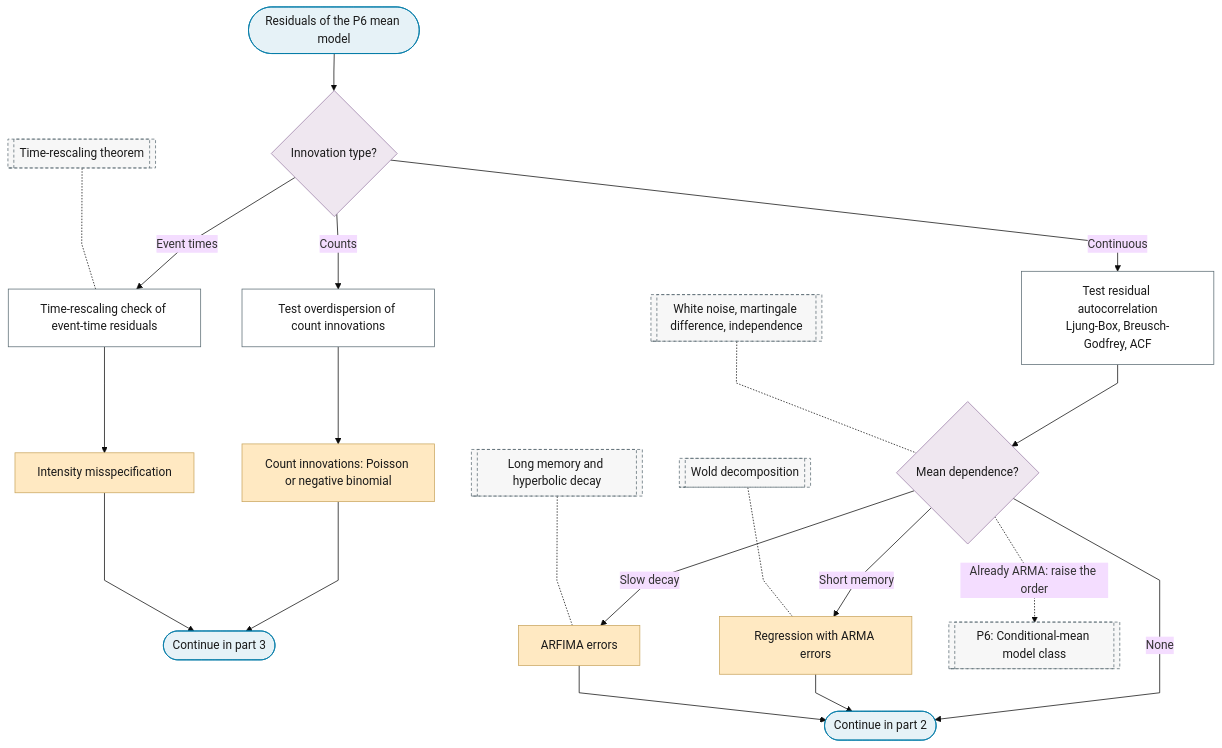
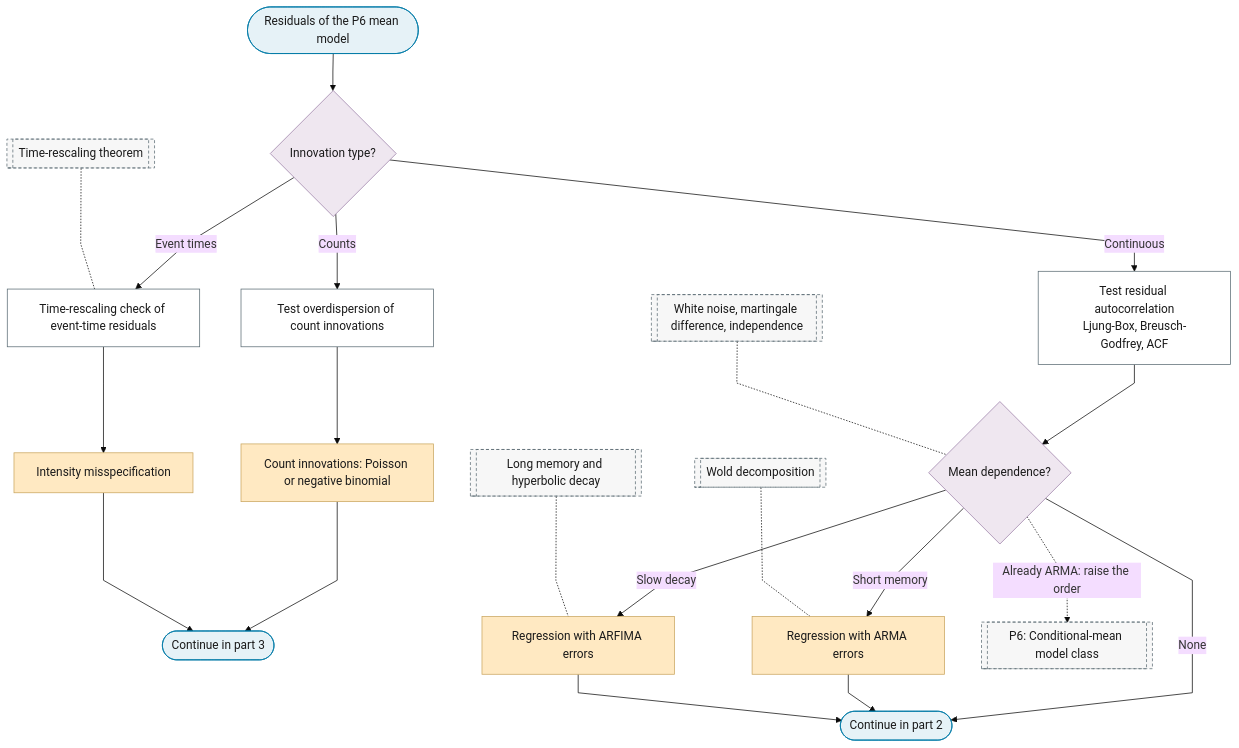
One commit to Shuxin-Y/time-series-analysis-manual changed the first of 3 diagrams in docs/01-workflow/p07-error-process.md. Above: the diagram before and after it, drawn with Mermaid (base theme). The commit also changed other lines of this file and 6 other files, not shown here.

````diff
--- a/docs/01-workflow/p07-error-process.md
+++ b/docs/01-workflow/p07-error-process.md
@@ -13,34 +13,34 @@
 ```mermaid
 %%{init: {"flowchart": {"curve": "linear"}}}%%
 graph TD
     P7_IN(["Residuals of the P6 mean model"]) --> P7_TYPE{"Innovation type?"}
     P7_TYPE -->|"Continuous"| P7_MEAN_TESTS["Test residual autocorrelation<br/>Ljung-Box, Breusch-Godfrey, ACF"]
     P7_TYPE -->|"Counts"| P7_COUNT_TESTS["Test overdispersion of count innovations"]
     P7_TYPE -->|"Event times"| P7_RESCALING["Time-rescaling check of event-time residuals"]
     P7_COUNT_TESTS --> P7_INGARCH["Count innovations: Poisson or negative binomial"]
     P7_RESCALING --> P7_INTENSITY["Intensity misspecification"]
     P7_INGARCH & P7_INTENSITY --> P7_COUNTS_TO_PART_3(["Continue in part 3"])
     P7_MEAN_TESTS --> P7_MEAN_DEP{"Mean dependence?"}
     P7_MEAN_DEP -->|"None"| P7_TO_PART_2
     P7_MEAN_DEP -->|"Short memory"| P7_ARMA_ERRORS["Regression with ARMA errors"]
-    P7_MEAN_DEP -->|"Slow decay"| P7_ARFIMA_ERRORS["ARFIMA errors"]
+    P7_MEAN_DEP -->|"Slow decay"| P7_ARFIMA_ERRORS["Regression with ARFIMA errors"]
     P7_MEAN_DEP -.->|"Already ARMA: raise the order"| P6[["P6: Conditional-mean model class"]]
     P7_ARMA_ERRORS & P7_ARFIMA_ERRORS --> P7_TO_PART_2(["Continue in part 2"])
     F_WHITE_NOISE[["White noise, martingale difference, independence"]] -.- P7_MEAN_DEP
     F_WOLD[["Wold decomposition"]] -.- P7_ARMA_ERRORS
     F_LONG_MEMORY[["Long memory and hyperbolic decay"]] -.- P7_ARFIMA_ERRORS
     F_TIME_RESCALING[["Time-rescaling theorem"]] -.- P7_RESCALING
     class P7_IN,P7_TO_PART_2,P7_COUNTS_TO_PART_3 terminator
     class P7_TYPE,P7_MEAN_DEP decision
     class P7_MEAN_TESTS,P7_COUNT_TESTS,P7_RESCALING process
     class P7_ARMA_ERRORS,P7_ARFIMA_ERRORS,P7_INGARCH,P7_INTENSITY escalate
     class P6,F_WHITE_NOISE,F_WOLD,F_LONG_MEMORY,F_TIME_RESCALING ref
     classDef terminator fill:#E6F2F7,stroke:#007BA7,color:#1A1A1A;
     classDef process fill:#FFFFFF,stroke:#5A6B73,color:#1A1A1A;
     classDef decision fill:#EFE7F0,stroke:#9B7FA7,color:#1A1A1A;
     classDef data fill:#FFF4E0,stroke:#C9A55E,color:#1A1A1A;
     classDef good fill:#DCEFD8,stroke:#4A7A3F,color:#1A1A1A;
     classDef escalate fill:#FFE9C2,stroke:#C9A55E,color:#1A1A1A;
     classDef problem fill:#F2D9DE,stroke:#800020,color:#1A1A1A;
     classDef ref fill:#F7F7F7,stroke:#5A6B73,color:#1A1A1A,stroke-dasharray:4 3;
 ```
````
